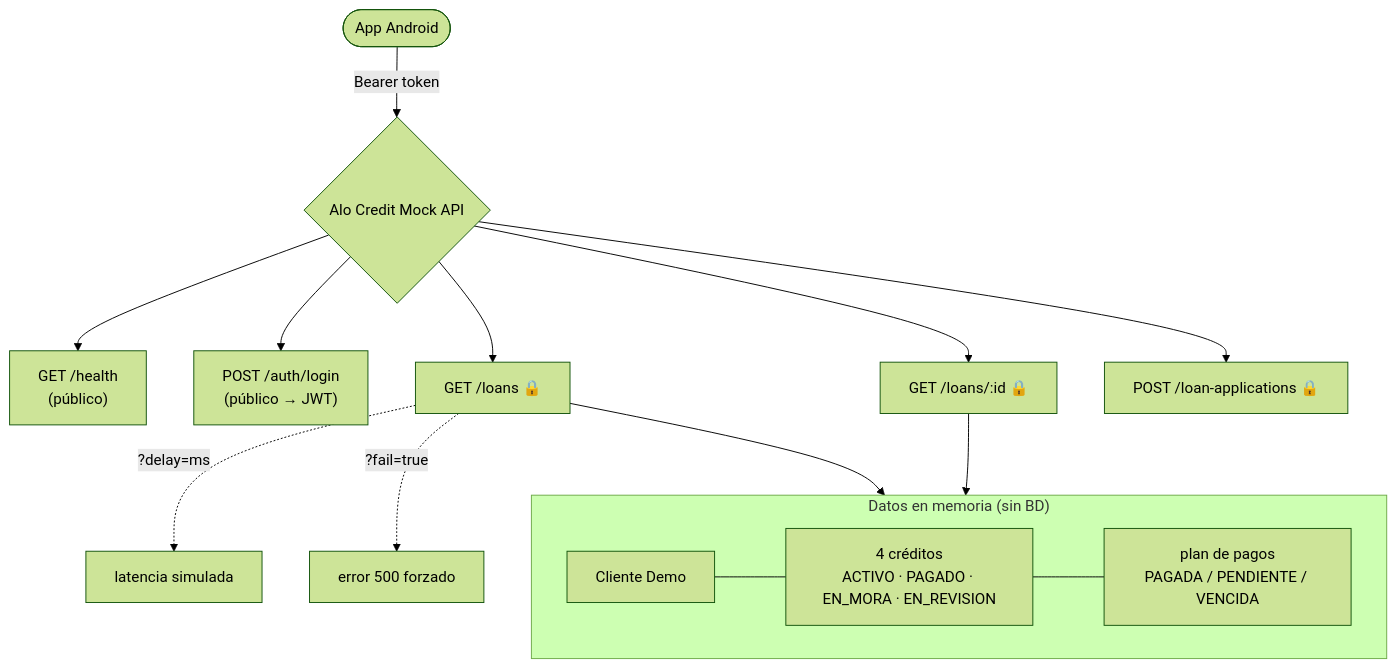
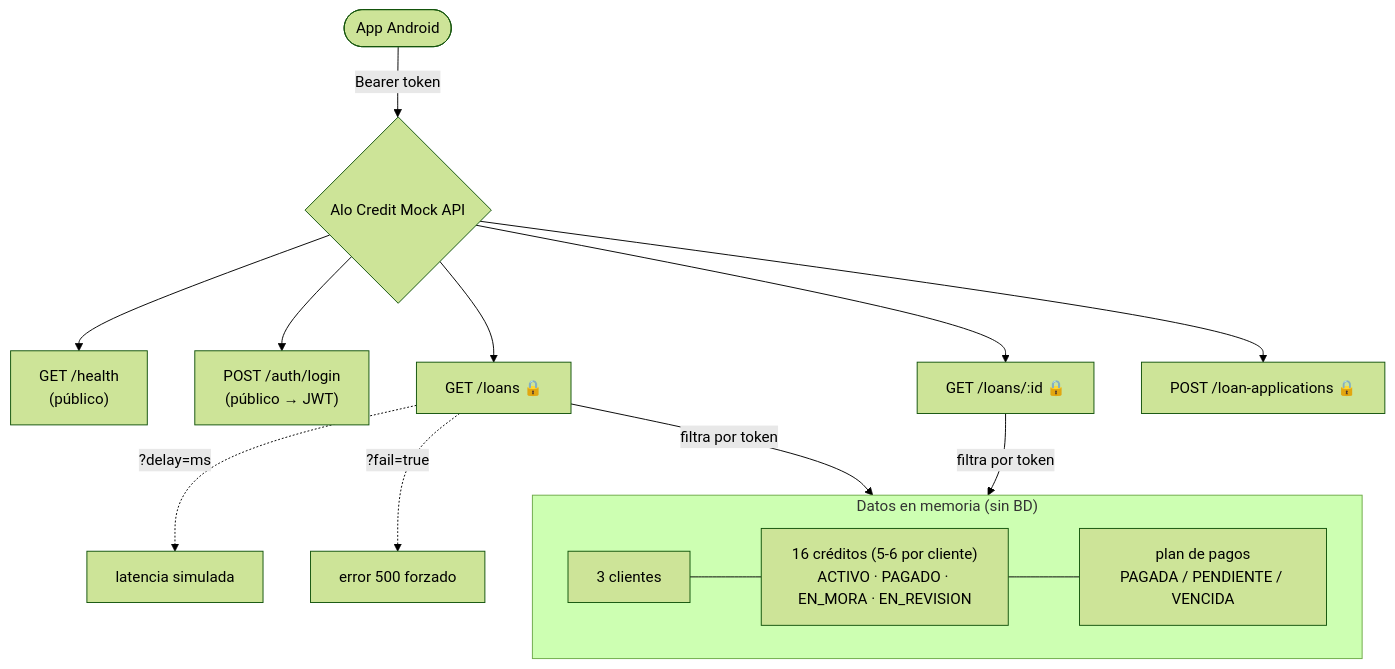
One commit to Alo-Credit/prueba-tenica-backend-mobile changed the second of 2 diagrams in README.md. Above: the diagram before and after it, drawn with Mermaid (forest theme). The commit also changed other lines of this file and 3 other files, not shown here.

First line of the commit message:
Ampliar datos semilla a 3 clientes con scoping por token

````diff
--- a/README.md
+++ b/README.md
@@ -103,20 +107,20 @@
 ```mermaid
 flowchart TD
     C([App Android]) -->|Bearer token| G{Alo Credit Mock API}
     G --> H["GET /health<br/>(público)"]
     G --> L["POST /auth/login<br/>(público → JWT)"]
     G --> P1["GET /loans 🔒"]
     G --> P2["GET /loans/:id 🔒"]
     G --> P3["POST /loan-applications 🔒"]
 
     P1 -.->|?delay=ms| D[latencia simulada]
     P1 -.->|?fail=true| F[error 500 forzado]
 
     subgraph datos["Datos en memoria (sin BD)"]
-        CD[Cliente Demo] --- CR["4 créditos<br/>ACTIVO · PAGADO · EN_MORA · EN_REVISION"]
+        CD["3 clientes"] --- CR["16 créditos (5-6 por cliente)<br/>ACTIVO · PAGADO · EN_MORA · EN_REVISION"]
         CR --- PG["plan de pagos<br/>PAGADA / PENDIENTE / VENCIDA"]
     end
 
-    P1 --> datos
-    P2 --> datos
+    P1 -->|filtra por token| datos
+    P2 -->|filtra por token| datos
 ```
````
